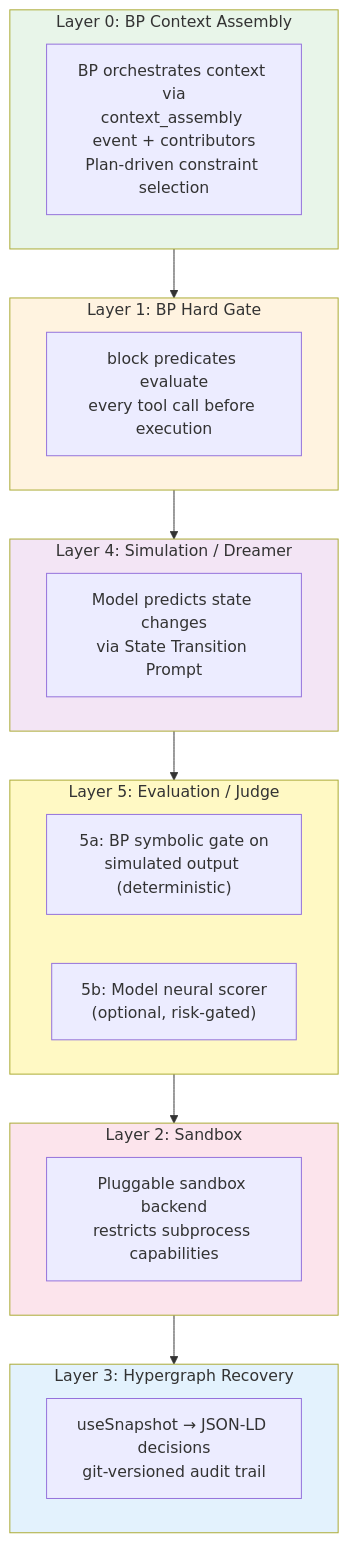
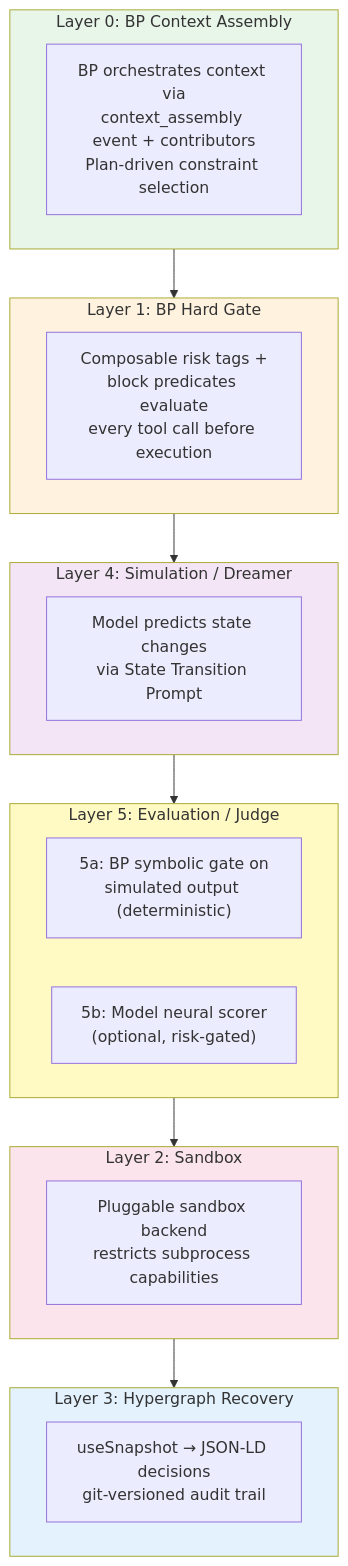
Before and after one commit to plaited/plaited: the diagram in docs/SAFETY.md, drawn with Mermaid. The commit also changed other lines of this file and 18 other files, not shown here.

````diff
--- a/docs/SAFETY.md
+++ b/docs/SAFETY.md
@@ -31,36 +31,36 @@
 ```mermaid
 graph TD
     subgraph L0["Layer 0: BP Context Assembly"]
         INJ["BP orchestrates context via<br/>context_assembly event + contributors<br/>Plan-driven constraint selection"]
     end
 
     subgraph L1["Layer 1: BP Hard Gate"]
-        GATE["block predicates evaluate<br/>every tool call before execution"]
+        GATE["Composable risk tags +<br/>block predicates evaluate<br/>every tool call before execution"]
     end
 
     subgraph L4["Layer 4: Simulation / Dreamer"]
         SIM["Model predicts state changes<br/>via State Transition Prompt"]
     end
 
     subgraph L5["Layer 5: Evaluation / Judge"]
         L5A["5a: BP symbolic gate on<br/>simulated output (deterministic)"]
         L5B["5b: Model neural scorer<br/>(optional, risk-gated)"]
     end
 
     subgraph L2["Layer 2: Sandbox"]
         SB["Pluggable sandbox backend<br/>restricts subprocess capabilities"]
     end
 
     subgraph L3["Layer 3: Hypergraph Recovery"]
         GIT["useSnapshot → JSON-LD decisions<br/>git-versioned audit trail"]
     end
 
     L0 --> L1 --> L4 --> L5 --> L2 --> L3
 
     style L0 fill:#e8f5e9
     style L1 fill:#fff3e0
     style L4 fill:#f3e5f5
     style L5 fill:#fff9c4
     style L2 fill:#fce4ec
     style L3 fill:#e3f2fd
 ```
````
